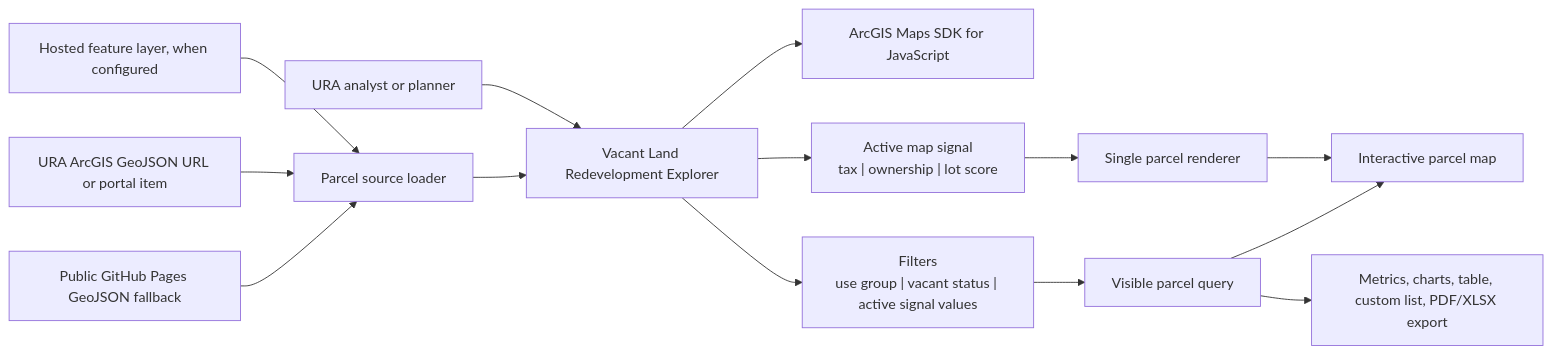
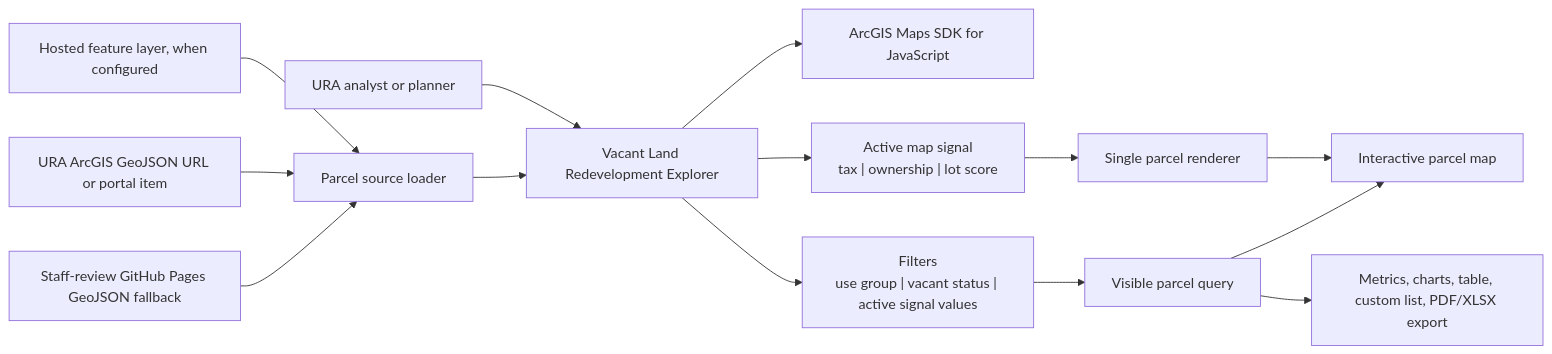
The first of 2 diagrams in README.md (rutomo-ura/land_redevelopment_dashboard), drawn with Mermaid before and after one commit. The commit also changed other lines of this file and 16 other files, not shown here.

````diff
--- a/README.md
+++ b/README.md
@@ -39,17 +39,17 @@
 ```mermaid
 flowchart LR
     U["URA analyst or planner"] --> UI["Vacant Land Redevelopment Explorer"]
     UI --> SDK["ArcGIS Maps SDK for JavaScript"]
     UI --> S["Active map signal\ntax | ownership | lot score"]
     UI --> F["Filters\nuse group | vacant status | active signal values"]
     S --> R["Single parcel renderer"]
     F --> Q["Visible parcel query"]
     R --> M["Interactive parcel map"]
     Q --> M
     Q --> A["Metrics, charts, table, custom list, PDF/XLSX export"]
 
     D1["Hosted feature layer, when configured"] --> L["Parcel source loader"]
     D2["URA ArcGIS GeoJSON URL or portal item"] --> L
-    D3["Public GitHub Pages GeoJSON fallback"] --> L
+    D3["Staff-review GitHub Pages GeoJSON fallback"] --> L
     L --> UI
 ```
````
